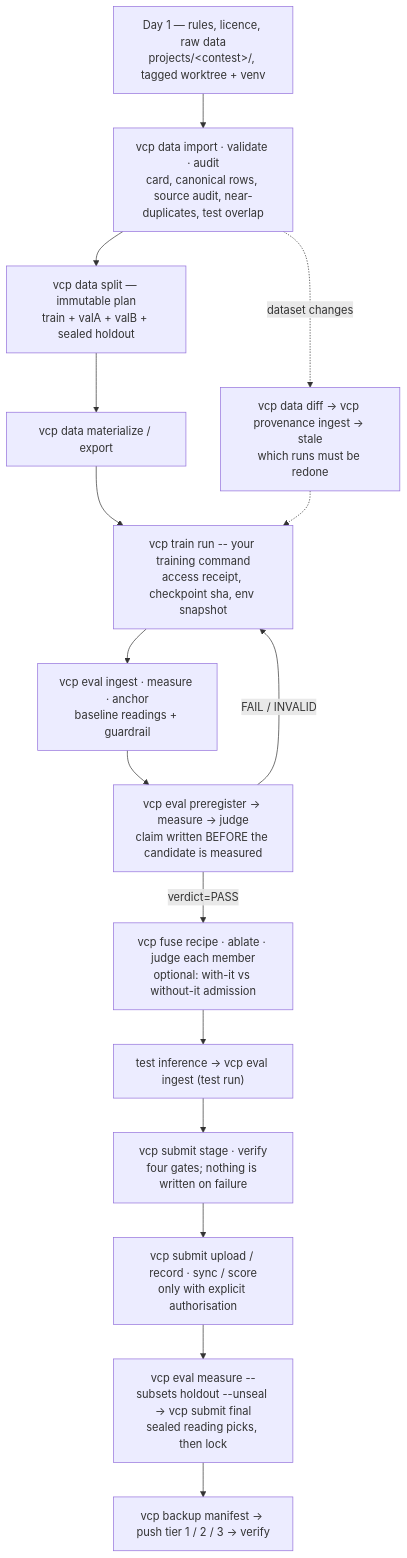
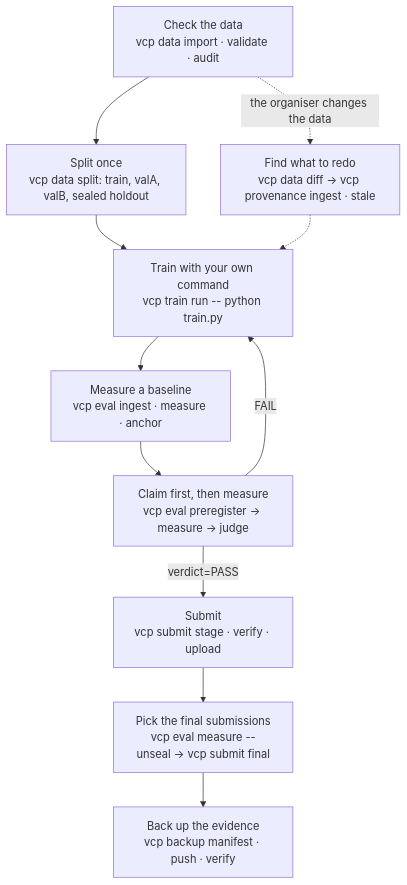
Before and after one commit to eric20041027/Vision-contest-pipeline: the diagram in README.md, drawn with Mermaid. The commit also changed other lines of this file and 11 other files, not shown here.

````diff
--- a/README.md
+++ b/README.md
@@ -90,18 +137,13 @@
 ```mermaid
 flowchart TD
-    A["Day 1 — rules, licence, raw data<br/>projects/&lt;contest&gt;/, tagged worktree + venv"] --> B["vcp data import · validate · audit<br/>card, canonical rows, source audit, near-duplicates, test overlap"]
-    B --> C["vcp data split — immutable plan<br/>train + valA + valB + sealed holdout"]
-    C --> D["vcp data materialize / export"]
-    D --> E["vcp train run -- your training command<br/>access receipt, checkpoint sha, env snapshot"]
-    E --> F["vcp eval ingest · measure · anchor<br/>baseline readings + guardrail"]
-    F --> G["vcp eval preregister → measure → judge<br/>claim written BEFORE the candidate is measured"]
-    G -- "verdict=PASS" --> H["vcp fuse recipe · ablate · judge each member<br/>optional: with-it vs without-it admission"]
-    G -- "FAIL / INVALID" --> E
-    H --> I["test inference → vcp eval ingest (test run)"]
-    I --> J["vcp submit stage · verify<br/>four gates; nothing is written on failure"]
-    J --> K["vcp submit upload / record · sync / score<br/>only with explicit authorisation"]
-    K --> L["vcp eval measure --subsets holdout --unseal → vcp submit final<br/>sealed reading picks, then lock"]
-    L --> M["vcp backup manifest → push tier 1 / 2 / 3 → verify"]
-    B -. "dataset changes" .-> N["vcp data diff → vcp provenance ingest → stale<br/>which runs must be redone"]
-    N -.-> E
+    A["Check the data<br/>vcp data import · validate · audit"] --> B["Split once<br/>vcp data split: train, valA, valB, sealed holdout"]
+    B --> C["Train with your own command<br/>vcp train run -- python train.py"]
+    C --> D["Measure a baseline<br/>vcp eval ingest · measure · anchor"]
+    D --> E["Claim first, then measure<br/>vcp eval preregister → measure → judge"]
+    E -- "verdict=PASS" --> F["Submit<br/>vcp submit stage · verify · upload"]
+    E -- "FAIL" --> C
+    F --> G["Pick the final submissions<br/>vcp eval measure --unseal → vcp submit final"]
+    G --> H["Back up the evidence<br/>vcp backup manifest · push · verify"]
+    A -. "the organiser changes the data" .-> I["Find what to redo<br/>vcp data diff → vcp provenance ingest · stale"]
+    I -.-> C
 ```
````
